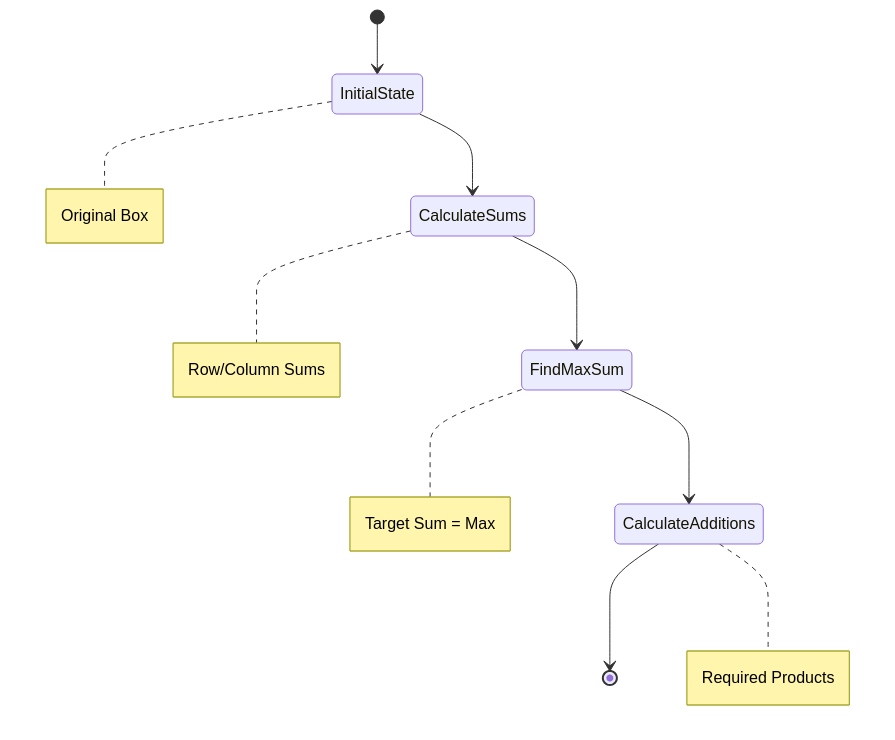
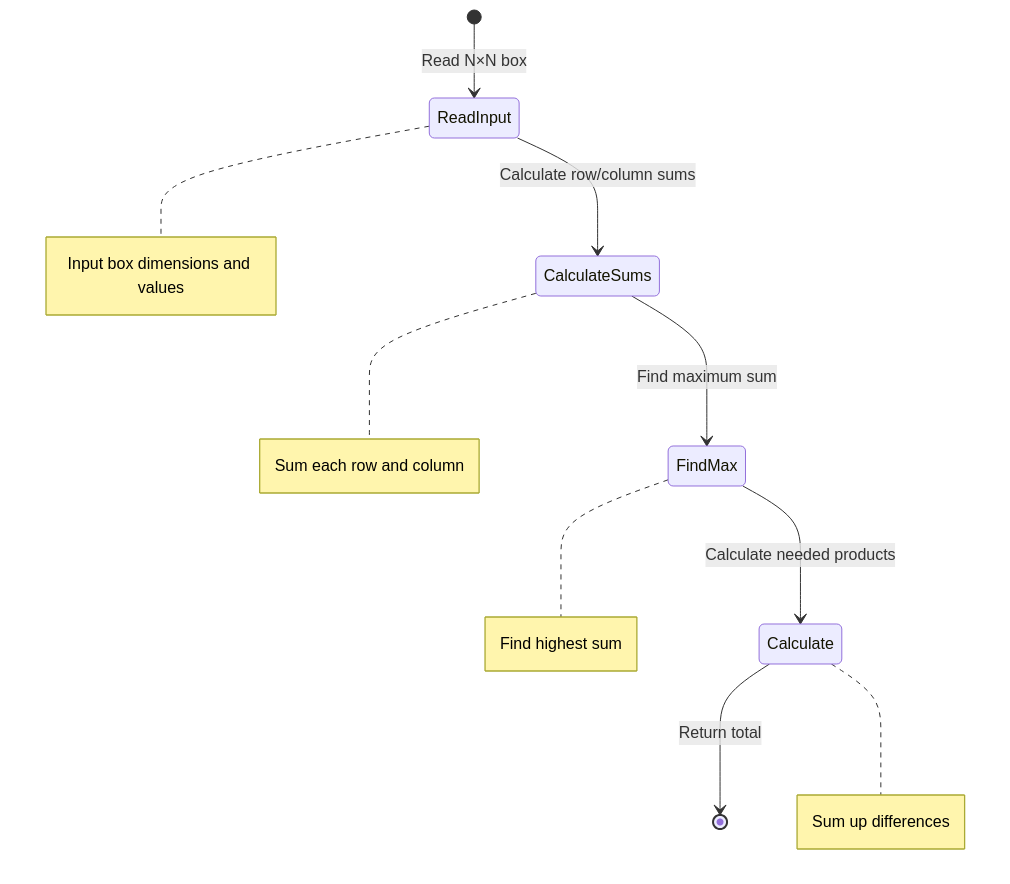
One commit to shiva-srivastav/codepro changed the third of 3 diagrams in 02_Balancing_dsa.md. Above: the diagram before and after it, drawn with Mermaid. The commit also changed other lines of this file, not shown here.

````diff
--- a/02_Balancing_dsa.md
+++ b/02_Balancing_dsa.md
@@ -116,13 +222,13 @@
 ```mermaid
 stateDiagram-v2
-    [*] --> InitialState
-    InitialState --> CalculateSums
-    CalculateSums --> FindMaxSum
-    FindMaxSum --> CalculateAdditions
-    CalculateAdditions --> [*]
+    [*] --> ReadInput: Read N×N box
+    ReadInput --> CalculateSums: Calculate row/column sums
+    CalculateSums --> FindMax: Find maximum sum
+    FindMax --> Calculate: Calculate needed products
+    Calculate --> [*]: Return total
     
-    note right of InitialState: Original Box
-    note right of CalculateSums: Row/Column Sums
-    note right of FindMaxSum: Target Sum = Max
-    note right of CalculateAdditions: Required Products
+    note right of ReadInput: Input box dimensions and values
+    note right of CalculateSums: Sum each row and column
+    note right of FindMax: Find highest sum
+    note right of Calculate: Sum up differences
 ```
````
